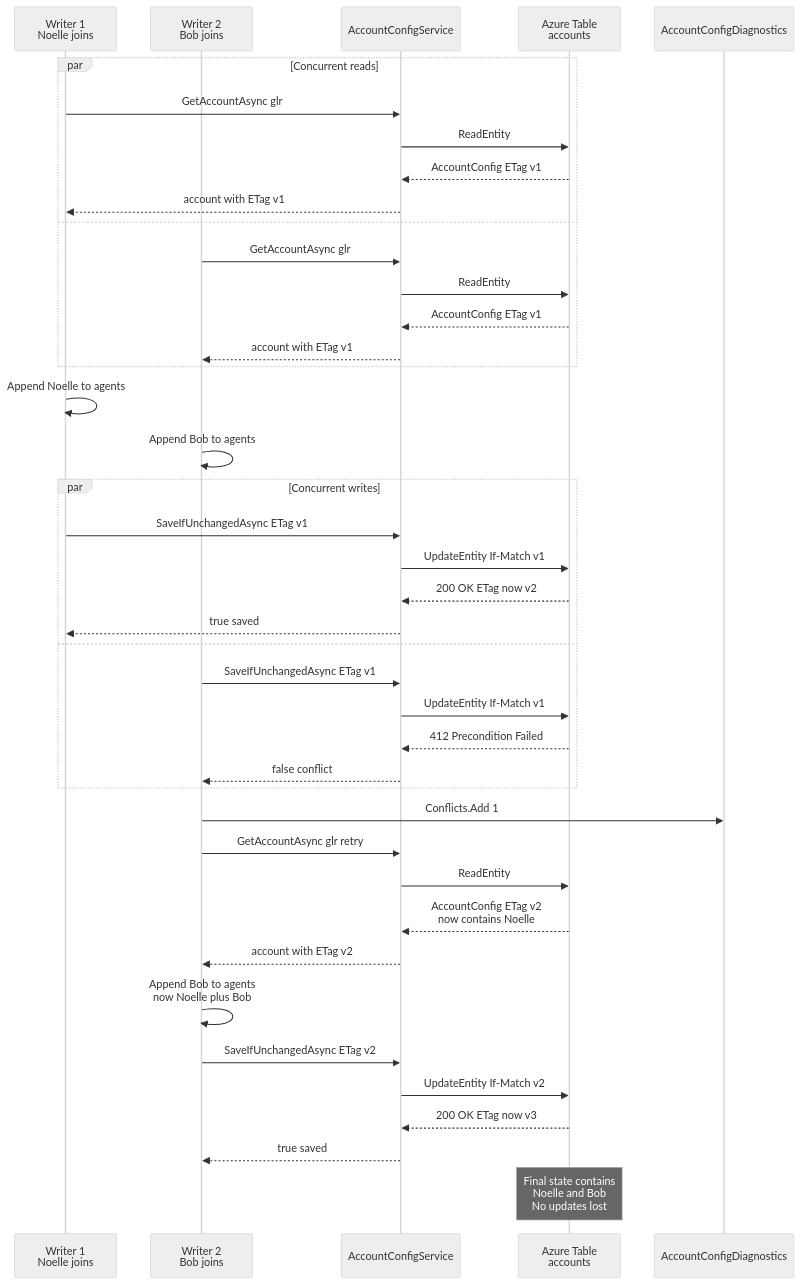
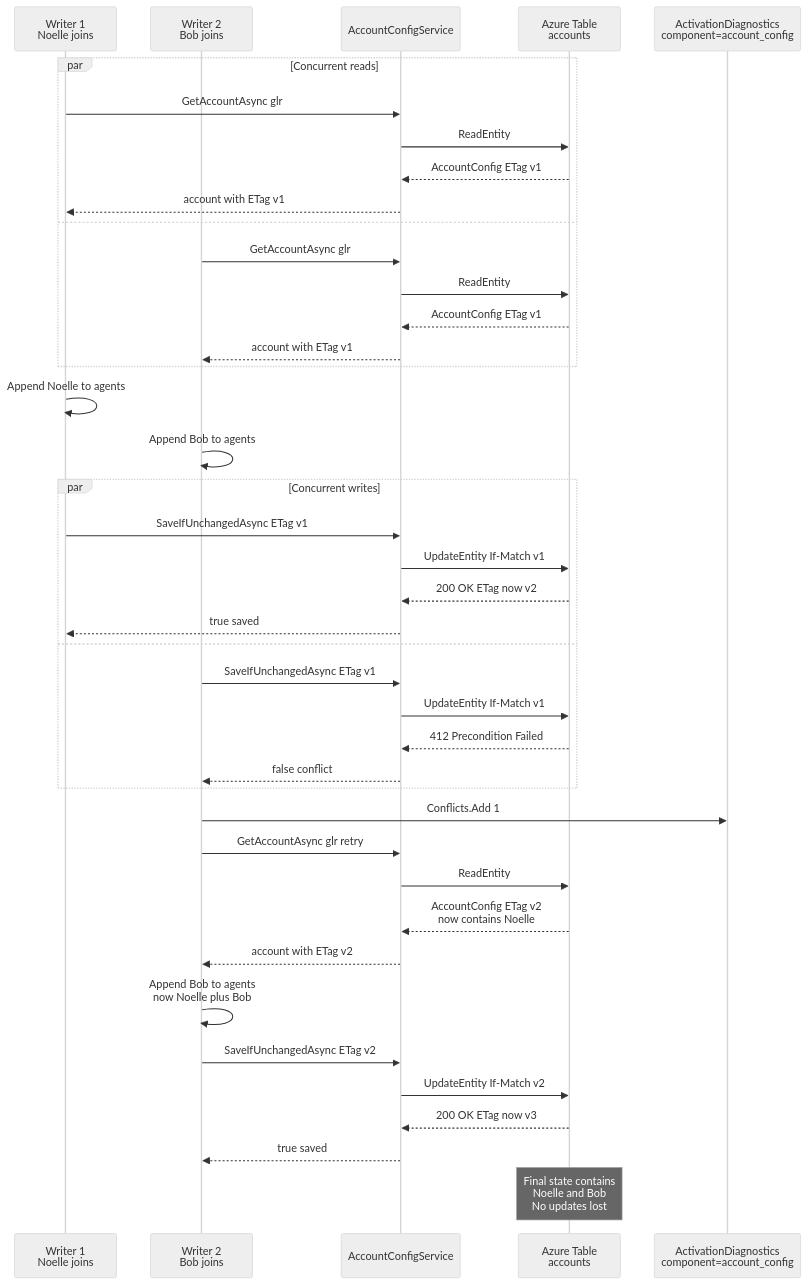
Diagram 13 of 34 in docs/superpowers/specs/2026-04-12-agent-site-comprehensive-design.md (edward-rosado/jenisesells-website), drawn with Mermaid (neutral theme) before and after one commit. The commit also changed other lines of this file, not shown here.

````diff
--- a/docs/superpowers/specs/2026-04-12-agent-site-comprehensive-design.md
+++ b/docs/superpowers/specs/2026-04-12-agent-site-comprehensive-design.md
@@ -1671,44 +1757,44 @@
 ```mermaid
 sequenceDiagram
     participant W1 as Writer 1<br/>Noelle joins
     participant W2 as Writer 2<br/>Bob joins
     participant S as AccountConfigService
     participant T as Azure Table<br/>accounts
-    participant Met as AccountConfigDiagnostics
+    participant Met as ActivationDiagnostics<br/>component=account_config
 
     par Concurrent reads
         W1->>S: GetAccountAsync glr
         S->>T: ReadEntity
         T-->>S: AccountConfig ETag v1
         S-->>W1: account with ETag v1
     and
         W2->>S: GetAccountAsync glr
         S->>T: ReadEntity
         T-->>S: AccountConfig ETag v1
         S-->>W2: account with ETag v1
     end
     W1->>W1: Append Noelle to agents
     W2->>W2: Append Bob to agents
     par Concurrent writes
         W1->>S: SaveIfUnchangedAsync ETag v1
         S->>T: UpdateEntity If-Match v1
         T-->>S: 200 OK ETag now v2
         S-->>W1: true saved
     and
         W2->>S: SaveIfUnchangedAsync ETag v1
         S->>T: UpdateEntity If-Match v1
         T-->>S: 412 Precondition Failed
         S-->>W2: false conflict
     end
     W2->>Met: Conflicts.Add 1
     W2->>S: GetAccountAsync glr retry
     S->>T: ReadEntity
     T-->>S: AccountConfig ETag v2<br/>now contains Noelle
     S-->>W2: account with ETag v2
     W2->>W2: Append Bob to agents<br/>now Noelle plus Bob
     W2->>S: SaveIfUnchangedAsync ETag v2
     S->>T: UpdateEntity If-Match v2
     T-->>S: 200 OK ETag now v3
     S-->>W2: true saved
     Note over T: Final state contains<br/>Noelle and Bob<br/>No updates lost
 ```
````
